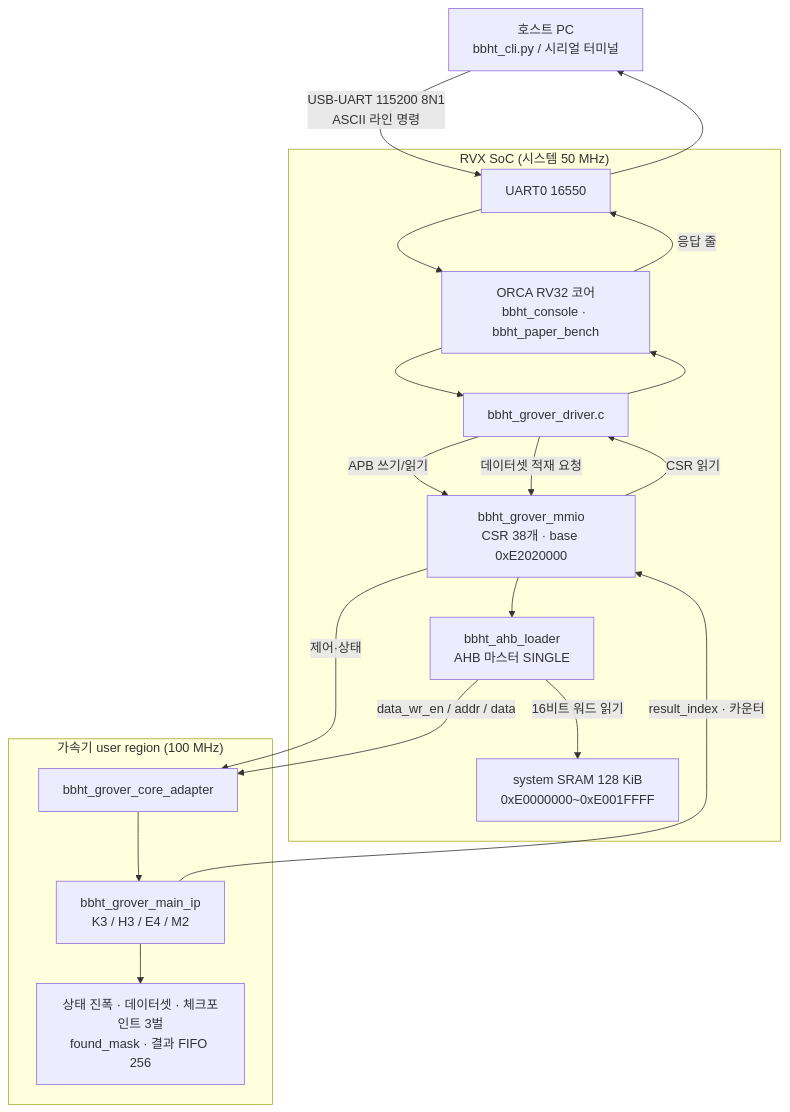
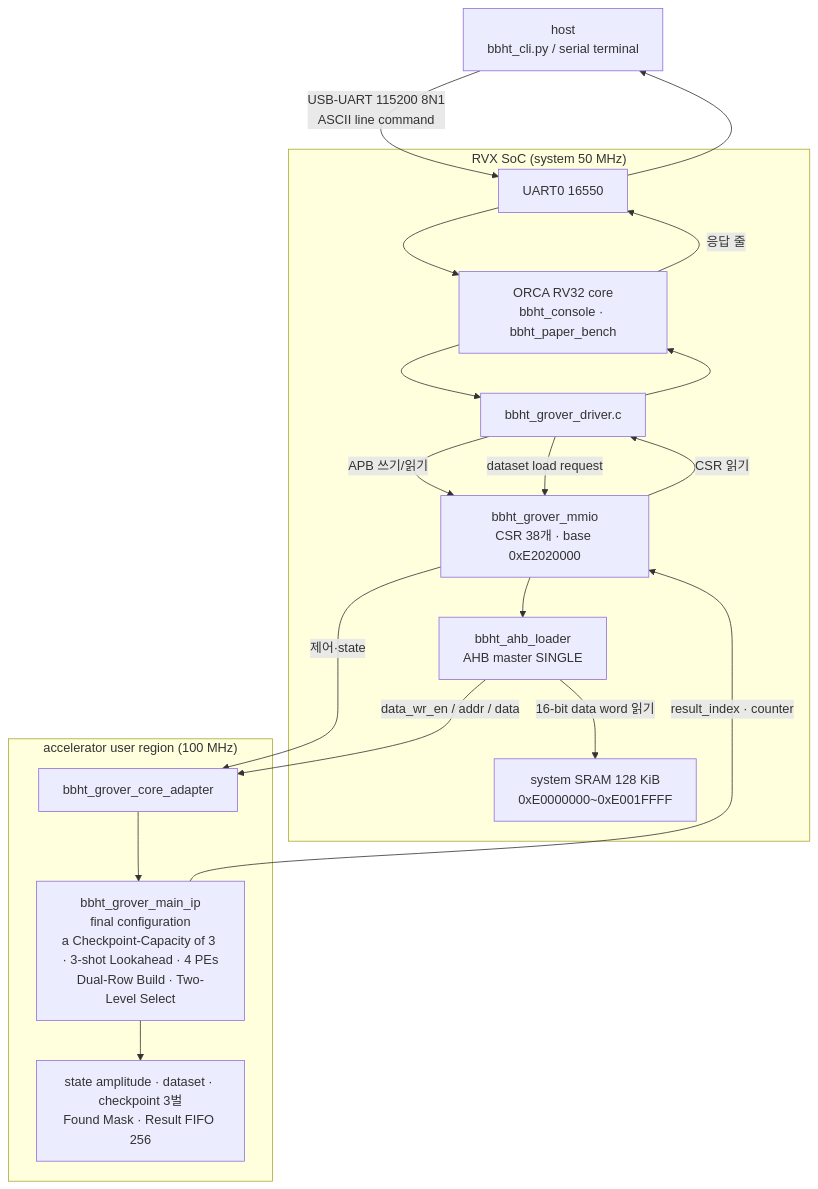
The diagram in documents/design_references/diagrams/src/final_design_stack.mmd (Git-Junsang/Quantum-Grover), drawn with Mermaid before and after one commit. The commit also changed 3854 other files, not shown here.

```diff
--- a/documents/design_references/diagrams/src/final_design_stack.mmd
+++ b/documents/design_references/diagrams/src/final_design_stack.mmd
@@ -1,27 +1,27 @@
 flowchart TD
-    H["호스트 PC<br/>bbht_cli.py / 시리얼 터미널"]
-    H -->|"USB-UART 115200 8N1<br/>ASCII 라인 명령"| U["UART0 16550"]
+    H["host<br/>bbht_cli.py / serial terminal"]
+    H -->|"USB-UART 115200 8N1<br/>ASCII line command"| U["UART0 16550"]
 
-    subgraph SOC["RVX SoC (시스템 50 MHz)"]
-        U --> C["ORCA RV32 코어<br/>bbht_console · bbht_paper_bench"]
+    subgraph SOC["RVX SoC (system 50 MHz)"]
+        U --> C["ORCA RV32 core<br/>bbht_console · bbht_paper_bench"]
         C --> D["bbht_grover_driver.c"]
         D -->|"APB 쓰기/읽기"| M["bbht_grover_mmio<br/>CSR 38개 · base 0xE2020000"]
-        D -->|"데이터셋 적재 요청"| M
+        D -->|"dataset load request"| M
         S["system SRAM 128 KiB<br/>0xE0000000~0xE001FFFF"]
-        L["bbht_ahb_loader<br/>AHB 마스터 SINGLE"]
-        L -->|"16비트 워드 읽기"| S
+        L["bbht_ahb_loader<br/>AHB master SINGLE"]
+        L -->|"16-bit data word 읽기"| S
         M --> L
     end
 
-    subgraph ACC["가속기 user region (100 MHz)"]
-        M -->|"제어·상태"| A["bbht_grover_core_adapter"]
+    subgraph ACC["accelerator user region (100 MHz)"]
+        M -->|"제어·state"| A["bbht_grover_core_adapter"]
         L -->|"data_wr_en / addr / data"| A
-        A --> IP["bbht_grover_main_ip<br/>K3 / H3 / E4 / M2"]
-        IP --> MEM["상태 진폭 · 데이터셋 · 체크포인트 3벌<br/>found_mask · 결과 FIFO 256"]
+        A --> IP["bbht_grover_main_ip<br/>final configuration<br/>a Checkpoint-Capacity of 3 · 3-shot Lookahead · 4 PEs<br/>Dual-Row Build · Two-Level Select"]
+        IP --> MEM["state amplitude · dataset · checkpoint 3벌<br/>Found Mask · Result FIFO 256"]
     end
 
-    IP -->|"result_index · 카운터"| M
+    IP -->|"result_index · counter"| M
     M -->|"CSR 읽기"| D
     D --> C
     C -->|"응답 줄"| U
     U --> H
```
